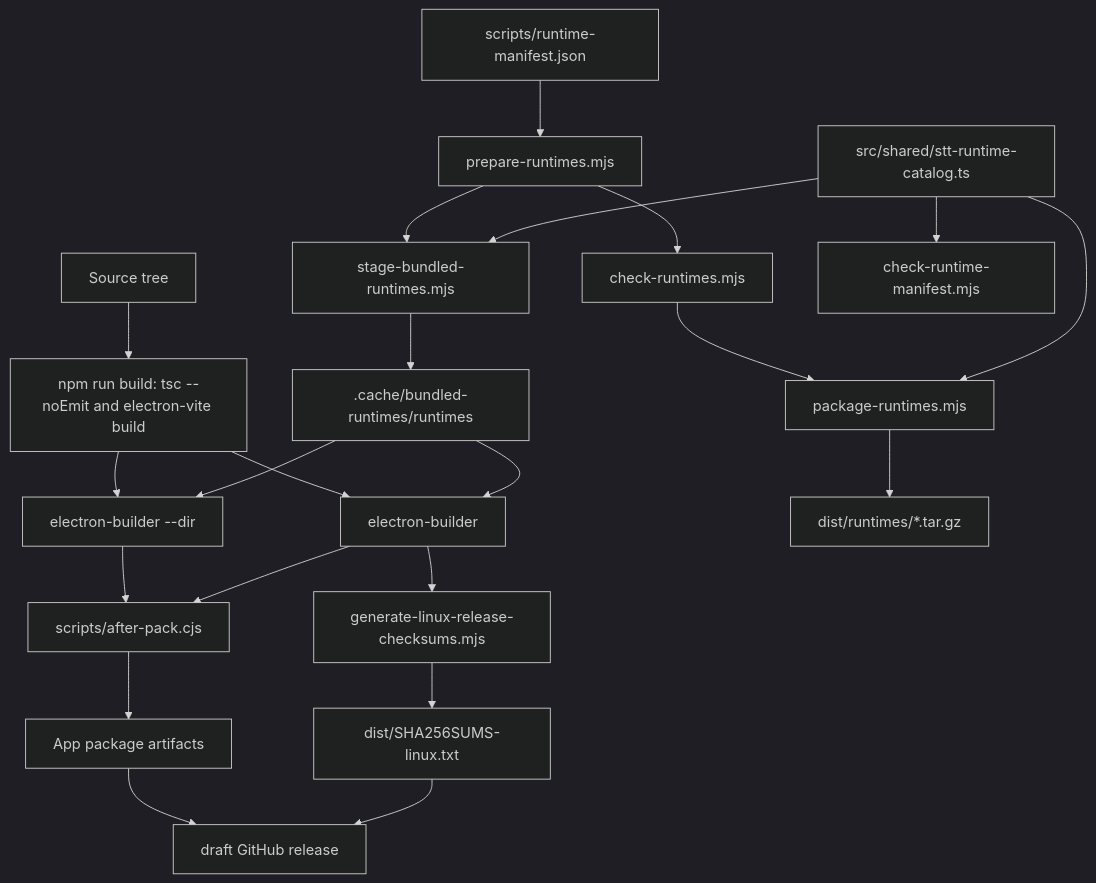
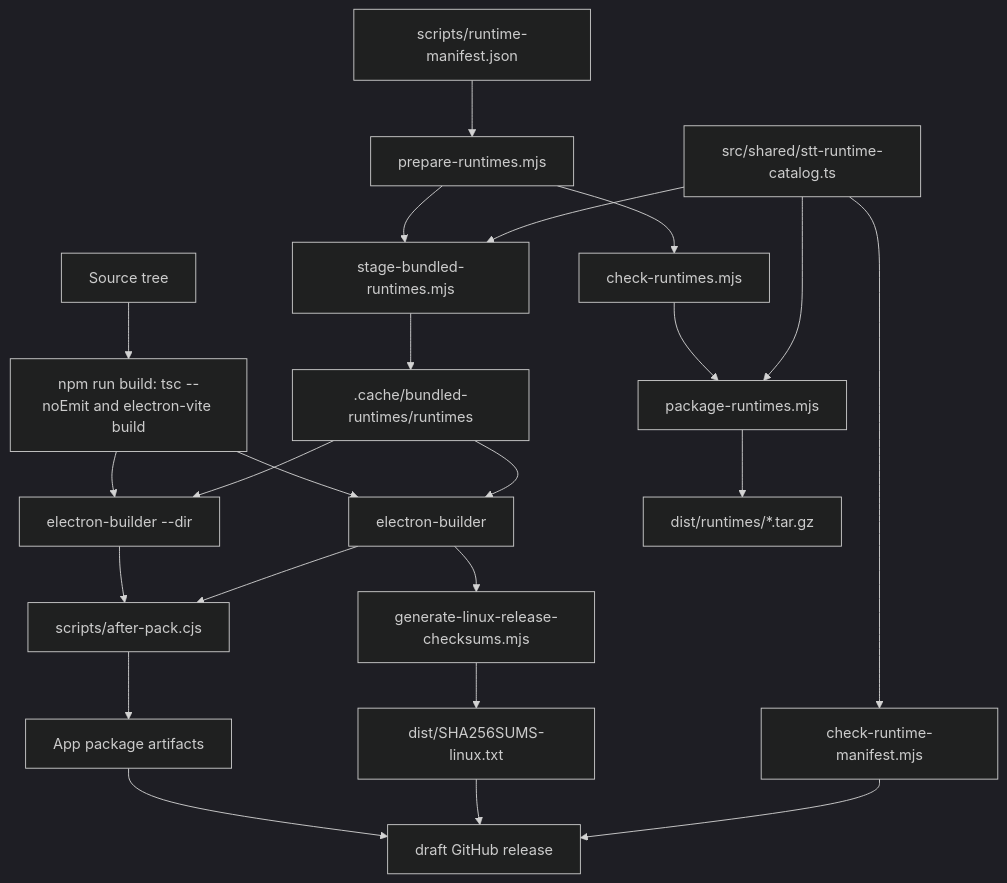
One commit to strxnd/murmur changed the diagram in docs/development/release-and-packaging.md. Above: the diagram before and after it, drawn with Mermaid (dark theme). The commit also changed other lines of this file and 22 other files, not shown here.

````diff
--- a/docs/development/release-and-packaging.md
+++ b/docs/development/release-and-packaging.md
@@ -5,34 +5,35 @@
 ```mermaid
 flowchart TD
   Source["Source tree"]
   Build["npm run build: tsc --noEmit and electron-vite build"]
   Pack["electron-builder --dir"]
   Dist["electron-builder"]
   AfterPack["scripts/after-pack.cjs"]
   AppArtifacts["App package artifacts"]
   Checksums["generate-linux-release-checksums.mjs"]
   Sha256Sums["dist/SHA256SUMS-linux.txt"]
   DraftRelease["draft GitHub release"]
 
   RuntimeManifest["scripts/runtime-manifest.json"]
   Prepare["prepare-runtimes.mjs"]
   Stage["stage-bundled-runtimes.mjs"]
   Doctor["check-runtimes.mjs"]
   PackageRuntime["package-runtimes.mjs"]
   ManifestCheck["check-runtime-manifest.mjs"]
   RuntimeCatalog["src/shared/stt-runtime-catalog.ts"]
   RuntimeArchives["dist/runtimes/*.tar.gz"]
   BundledRuntimes[".cache/bundled-runtimes/runtimes"]
 
   Source --> Build --> Pack --> AfterPack --> AppArtifacts
   Build --> Dist --> AfterPack
   Dist --> Checksums --> Sha256Sums
   AppArtifacts --> DraftRelease
   Sha256Sums --> DraftRelease
   Prepare --> Stage --> BundledRuntimes --> Pack
   BundledRuntimes --> Dist
   RuntimeManifest --> Prepare --> Doctor --> PackageRuntime --> RuntimeArchives
   RuntimeCatalog --> PackageRuntime
   RuntimeCatalog --> ManifestCheck
+  ManifestCheck --> DraftRelease
   RuntimeCatalog --> Stage
 ```
````
